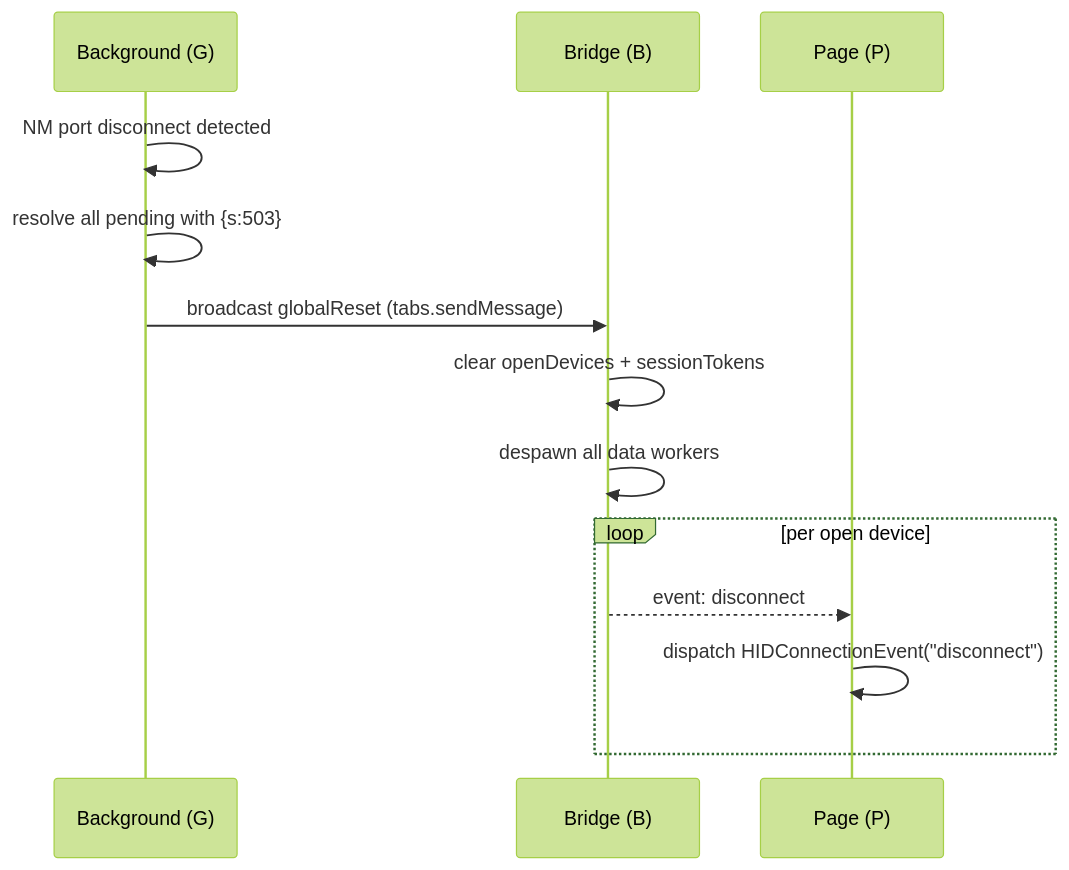
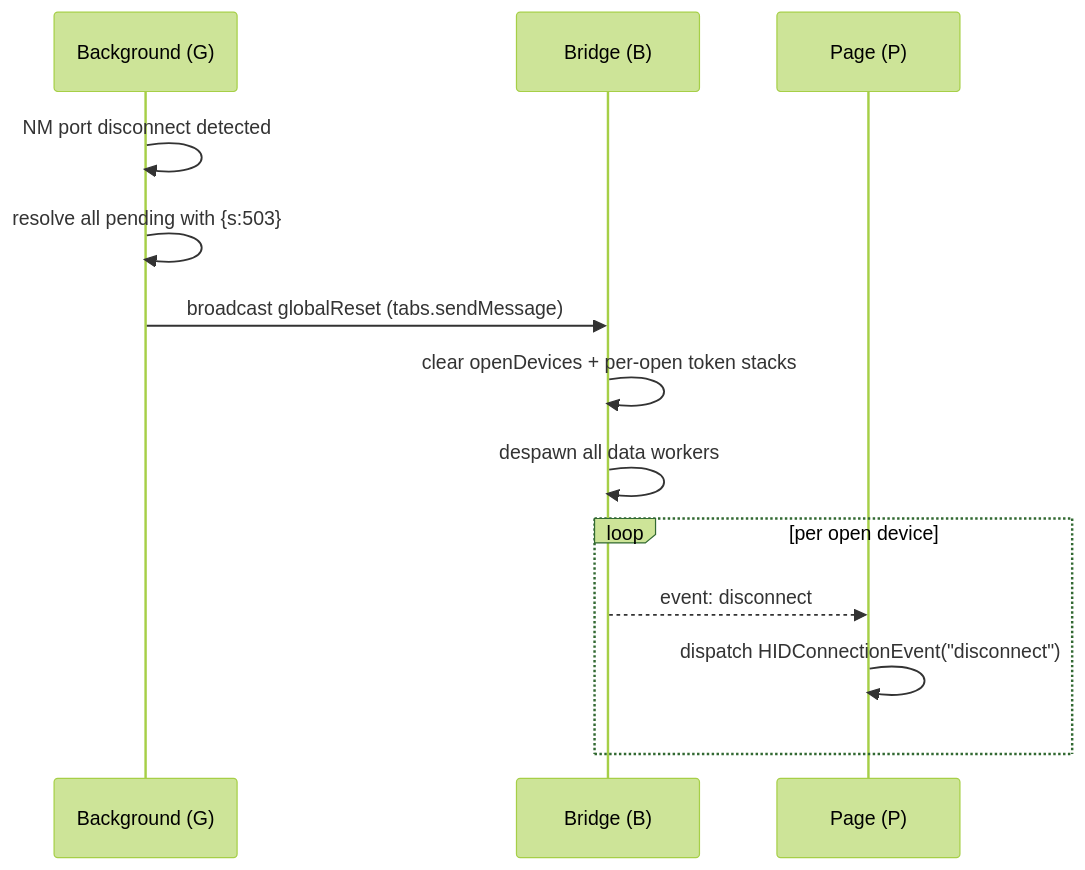
One commit to K4zoku/FF-WebHID changed diagram 16 of 16 in docs/DATA_PATH.md. Above: the diagram before and after it, drawn with Mermaid (forest theme). The commit also changed other lines of this file and 1 other file, not shown here.

Commit message:
docs: update session model and policy docs

````diff
--- a/docs/DATA_PATH.md
+++ b/docs/DATA_PATH.md
@@ -666,16 +666,16 @@
 ```mermaid
 sequenceDiagram
     participant G as Background (G)
     participant B as Bridge (B)
     participant P as Page (P)
 
     G->>G: NM port disconnect detected
     G->>G: resolve all pending with {s:503}
     G->>B: broadcast globalReset (tabs.sendMessage)
-    B->>B: clear openDevices + sessionTokens
+    B->>B: clear openDevices + per-open token stacks
     B->>B: despawn all data workers
     loop per open device
         B-->>P: event: disconnect
         P->>P: dispatch HIDConnectionEvent("disconnect")
     end
 ```
````
